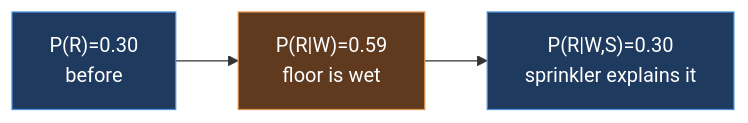
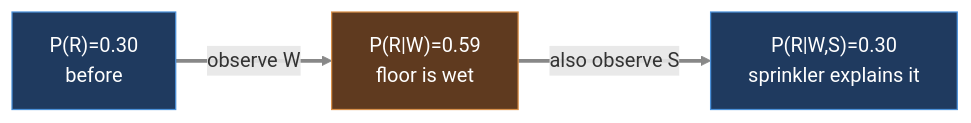
One commit to josephausterweil/probintro changed the sixth of 6 diagrams in content/intro2/09_conditional_independence.md. Above: the diagram before and after it, drawn with Mermaid. The commit also changed other lines of this file, not shown here.

Commit message:
Ch9: distinguish the belief-trajectory diagram from a Bayes net
The P(R) explaining-away trajectory (0.30 -> 0.59 -> 0.30) used the same solid
arrows as the chapter's actual Bayes-net diagrams, which could read as causal
edges. Switched to thick labelled transition arrows ("observe W", "also observe
S") and added a caption clarifying these are belief STATES updated by evidence,
not network nodes/edges.

````diff
--- a/content/intro2/09_conditional_independence.md
+++ b/content/intro2/09_conditional_independence.md
@@ -195,8 +195,9 @@
 ```mermaid
 graph LR
-    s1["P(R)=0.30<br/>before"] --> s2["P(R|W)=0.59<br/>floor is wet"]
-    s2 --> s3["P(R|W,S)=0.30<br/>sprinkler explains it"]
+    s1["P(R)=0.30<br/>before"] == observe W ==> s2["P(R|W)=0.59<br/>floor is wet"]
+    s2 == also observe S ==> s3["P(R|W,S)=0.30<br/>sprinkler explains it"]
     style s1 fill:#1f3a5f,stroke:#4a90d9,color:#fff
     style s2 fill:#5f3a1f,stroke:#d9904a,color:#fff
     style s3 fill:#1f3a5f,stroke:#4a90d9,color:#fff
+    linkStyle 0,1 stroke:#888,stroke-width:3px
 ```
````
